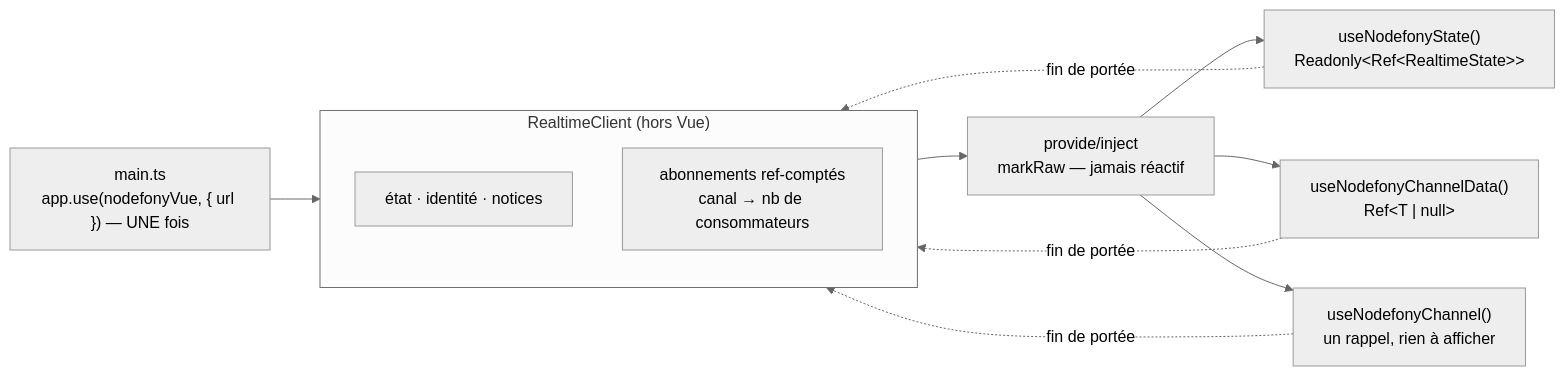
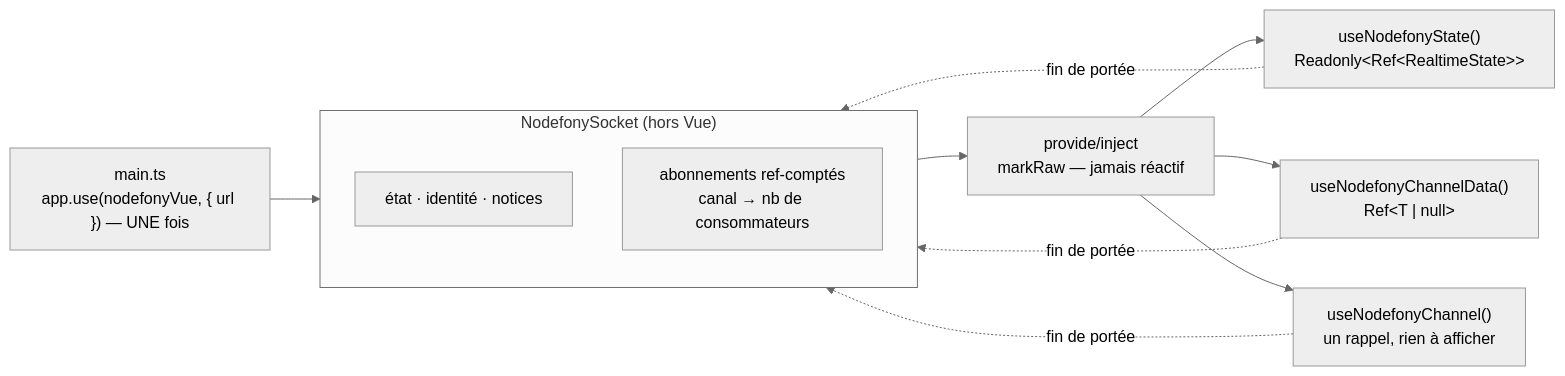
Before and after one commit to nodefony/nodefony-core: the diagram in src/nodefony/docs/vue-composables.md, drawn with Mermaid (neutral theme). The commit also changed other lines of this file and 133 other files, not shown here.

````diff
--- a/src/nodefony/docs/vue-composables.md
+++ b/src/nodefony/docs/vue-composables.md
@@ -45,16 +45,16 @@
 ```mermaid
 flowchart LR
   APP["main.ts<br/>app.use(nodefonyVue, { url }) — UNE fois"] --> CL
-  subgraph CL["RealtimeClient (hors Vue)"]
+  subgraph CL["NodefonySocket (hors Vue)"]
     direction TB
     S["état · identité · notices"]
     R["abonnements ref-comptés<br/>canal → nb de consommateurs"]
   end
   CL --> P["provide/inject<br/>markRaw — jamais réactif"]
   P --> H1["useNodefonyState()<br/>Readonly&lt;Ref&lt;RealtimeState&gt;&gt;"]
   P --> H2["useNodefonyChannelData()<br/>Ref&lt;T | null&gt;"]
   P --> H3["useNodefonyChannel()<br/>un rappel, rien à afficher"]
   H1 -. "fin de portée" .-> R
   H2 -. "fin de portée" .-> R
   H3 -. "fin de portée" .-> R
 ```
````
